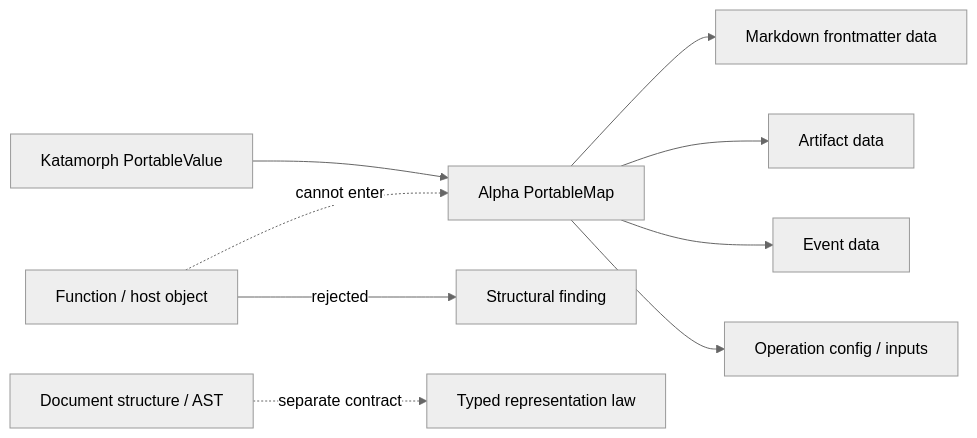
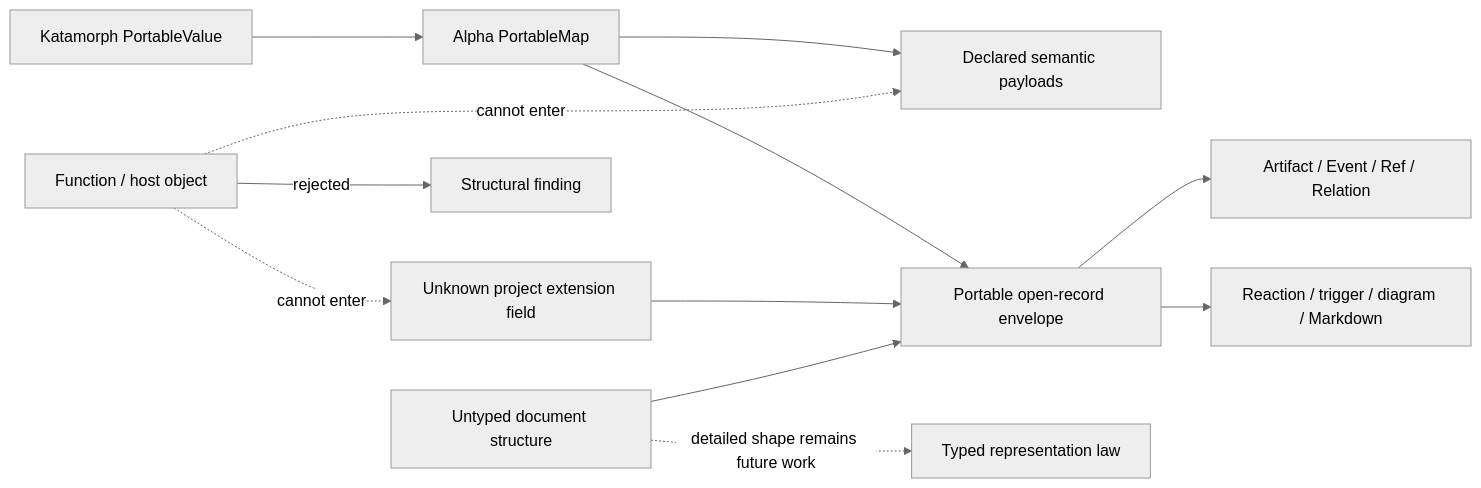
The diagram in docs/architecture/workflows/portable-semantic-payloads.mmd (open-hax/foresight), drawn with Mermaid (neutral theme) before and after one commit.

Commit message:
docs(alpha): show portable open-record envelope

```diff
--- a/docs/architecture/workflows/portable-semantic-payloads.mmd
+++ b/docs/architecture/workflows/portable-semantic-payloads.mmd
@@ -1,9 +1,12 @@
 flowchart LR
   Katamorph[Katamorph PortableValue] --> Map[Alpha PortableMap]
-  Map --> Frontmatter[Markdown frontmatter data]
-  Map --> Artifact[Artifact data]
-  Map --> Event[Event data]
-  Map --> Operation[Operation config / inputs]
+  Map --> Payload[Declared semantic payloads]
+  Map --> Envelope[Portable open-record envelope]
+  Envelope --> Artifact[Artifact / Event / Ref / Relation]
+  Envelope --> Reaction[Reaction / trigger / diagram / Markdown]
+  Extension[Unknown project extension field] --> Envelope
   Runtime[Function / host object] -->|rejected| Finding[Structural finding]
-  Runtime -. cannot enter .-> Map
-  Structure[Document structure / AST] -. separate contract .-> Future[Typed representation law]
+  Runtime -. cannot enter .-> Payload
+  Runtime -. cannot enter .-> Extension
+  Structure[Untyped document structure] --> Envelope
+  Structure -. detailed shape remains future work .-> Future[Typed representation law]
```
